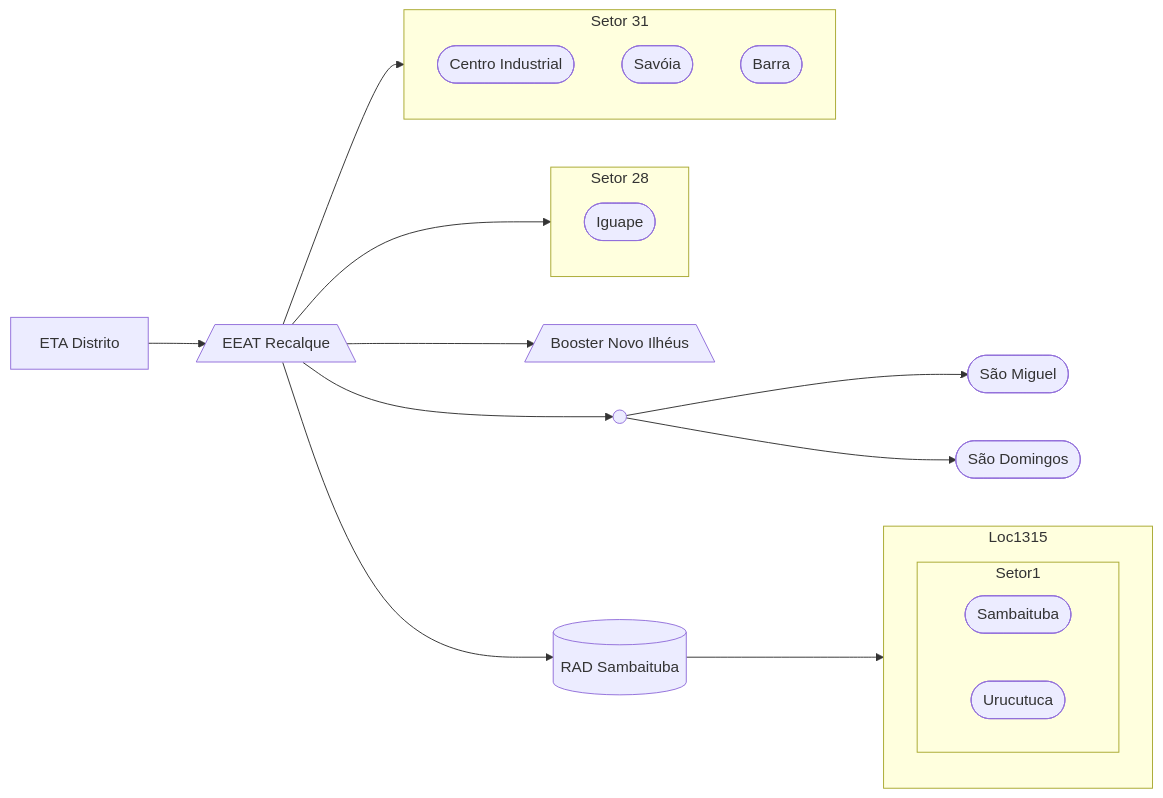
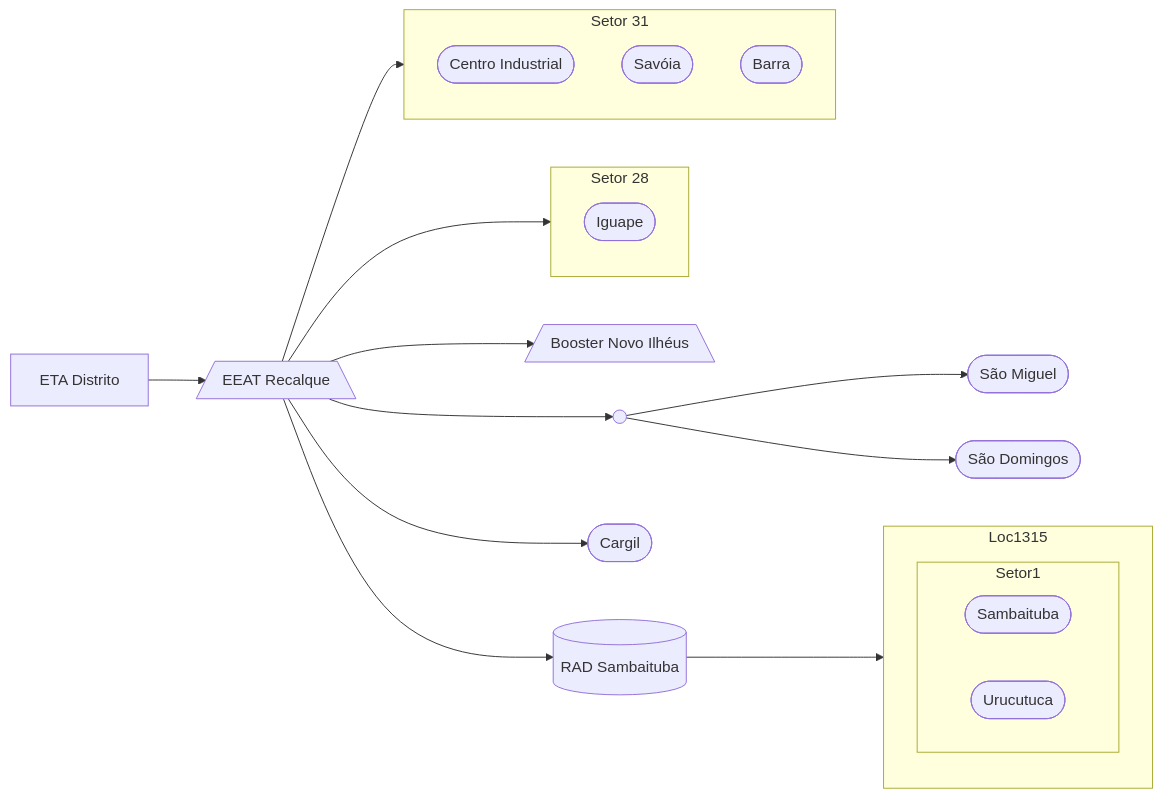
One commit to iagovls/CCO-Documentation changed the diagram in ETA Distrito/EEAT Recalque.md. Above: the diagram before and after it, drawn with Mermaid.

Commit message:
Update EEAT Recalque.md

````diff
--- a/ETA Distrito/EEAT Recalque.md
+++ b/ETA Distrito/EEAT Recalque.md
@@ -45,64 +45,66 @@
 ```mermaid
 flowchart LR
         
     ETA["ETA Distrito"] 
     EEATRecalque[/"EEAT Recalque"\]
     BoosterNovoIlheus[/"Booster Novo Ilhéus"\]
     click BoosterNovoIlheus "https://github.com/iagovls/CCO-Documentation/blob/main/ETA%20Distrito/Booster%20Novo%20Ilh%C3%A9us.md"
     RADSambaituba[(RAD Sambaituba)]
     Sambaituba(["Sambaituba"]) 
     Urucutuca(["Urucutuca"]) 
     CentroIndustrial(["Centro Industrial"]) 
     Iguape(["Iguape"]) 
     Savoia(["Savóia"]) 
     Barra(["Barra"]) 
     SaoMiguel(["São Miguel"]) 
     SaoDomingos(["São Domingos"]) 
+    Cargil(["Cargil"]) 
     A@{ shape: sm-circ, label: "Small start" }
 
     %% Ligações
     ETA --> EEATRecalque
 
     EEATRecalque --> Setor28
     EEATRecalque --> Setor31
+    EEATRecalque --> Cargil
 
     %% São Miguel e São Domingos
     EEATRecalque --> A
     A --> SaoMiguel
     A --> SaoDomingos
 
 
     %% Iguape
     subgraph Setor28 [Setor 28]
       Iguape
     end
 
 
     %% Setor 31
     subgraph Setor31 [Setor 31]
       CentroIndustrial
       Barra
       Savoia
     end
 
 %% Sambaituba  
     subgraph Loc1315
       subgraph Setor1
         Sambaituba
         Urucutuca
       end 
     end
 
     EEATRecalque --> RADSambaituba
     RADSambaituba --> Loc1315
 
     
 
     EEATRecalque --> BoosterNovoIlheus
 
 
     
 
     
         
 ```
````
